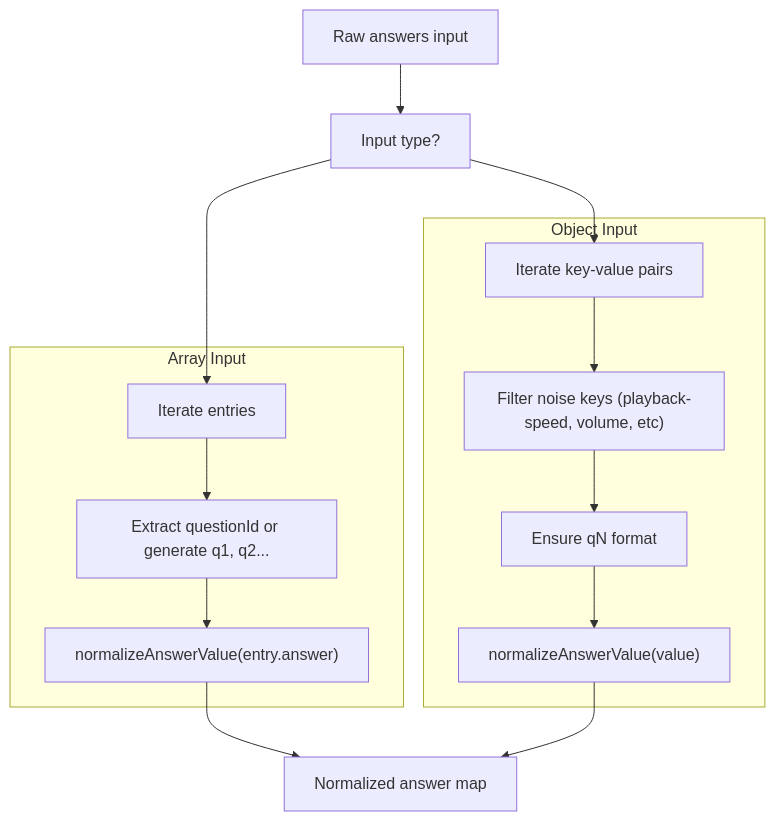
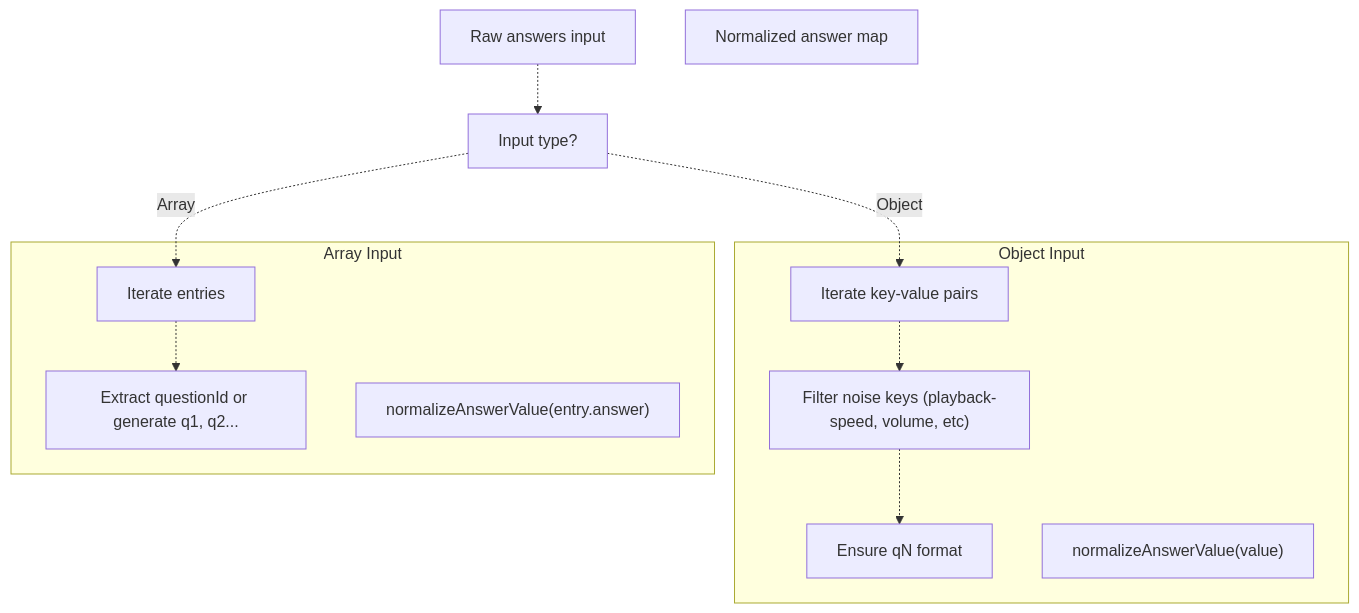
The fourth of 14 diagrams in developer/doc/Wiki/PracticeRecorder-&-ScoreStorage.md (sallowayma-git/IELTS-practice), drawn with Mermaid before and after one commit. The commit also changed other lines of this file and 84 other files, not shown here.

````diff
--- a/developer/doc/Wiki/PracticeRecorder-&-ScoreStorage.md
+++ b/developer/doc/Wiki/PracticeRecorder-&-ScoreStorage.md
@@ -412,38 +424,34 @@
 ```mermaid
 flowchart TD
 
 INPUT["Raw answers input"]
 CHECK["Input type?"]
 ARRAY["Iterate entries"]
 KEY_A["Extract questionId or generate q1, q2..."]
 VAL_A["normalizeAnswerValue(entry.answer)"]
 OBJ["Iterate key-value pairs"]
 FILTER["Filter noise keys (playback-speed, volume, etc)"]
 KEY_O["Ensure qN format"]
 VAL_O["normalizeAnswerValue(value)"]
 OUTPUT["Normalized answer map"]
 
-INPUT --> CHECK
-CHECK --> ARRAY
-CHECK --> OBJ
-VAL_A --> OUTPUT
-VAL_O --> OUTPUT
+INPUT -.-> CHECK
+CHECK -.->|"Array"| ARRAY
+CHECK -.->|"Object"| OBJ
 
 subgraph subGraph1 ["Object Input"]
     OBJ
     FILTER
     KEY_O
     VAL_O
-    OBJ --> FILTER
-    FILTER --> KEY_O
-    KEY_O --> VAL_O
+    OBJ -.-> FILTER
+    FILTER -.-> KEY_O
 end
 
 subgraph subGraph0 ["Array Input"]
     ARRAY
     KEY_A
     VAL_A
-    ARRAY --> KEY_A
-    KEY_A --> VAL_A
+    ARRAY -.-> KEY_A
 end
 ```
````
